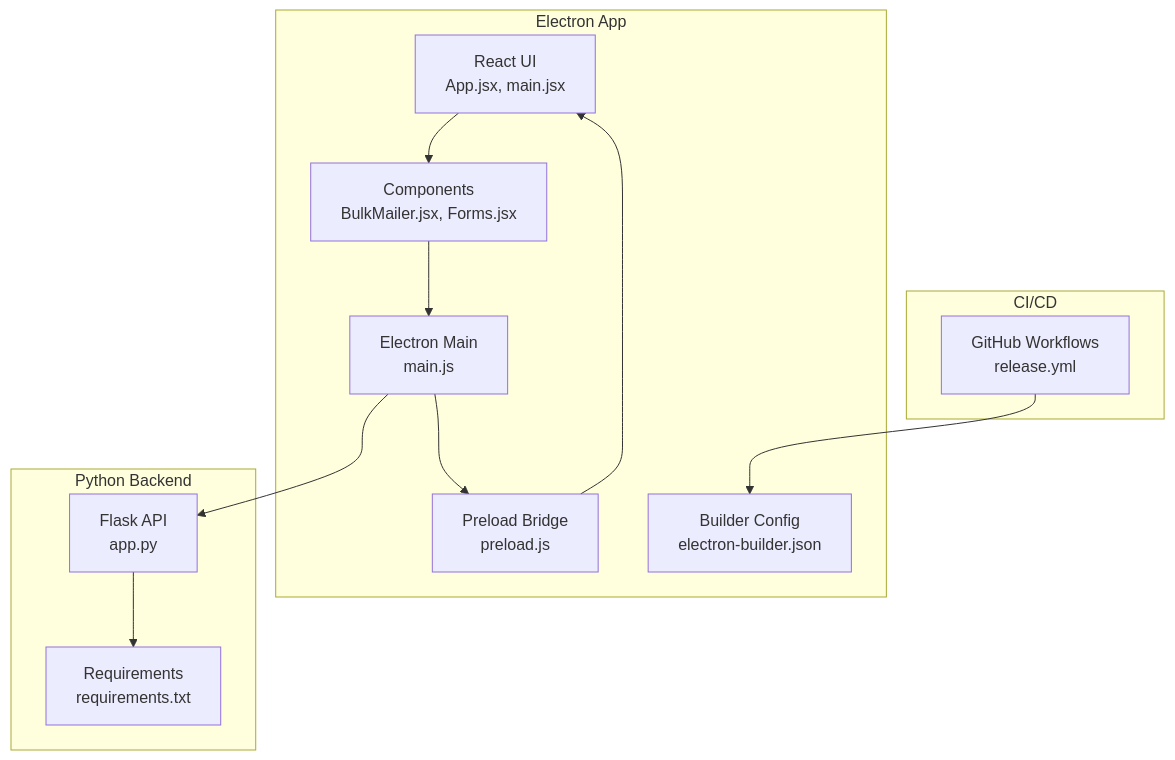
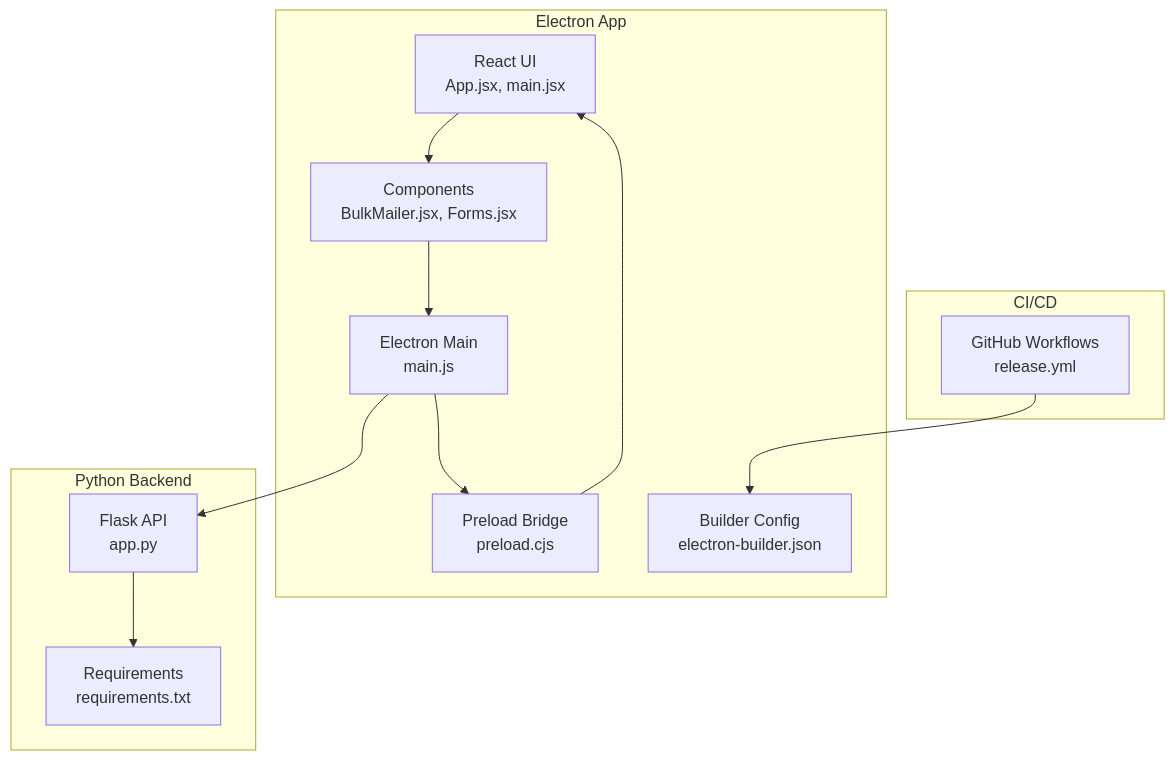
Before and after one commit to tashifkhan/tashif.codes: the first of 7 diagrams in src/data/docs/bulk-messaging-system/Development Guidelines.md, drawn with Mermaid. The commit also changed other lines of this file and 2128 other files, not shown here.

First line of the commit message:
docs: replace raster diagram images with native Mermaid across project guides

````diff
--- a/src/data/docs/bulk-messaging-system/Development Guidelines.md
+++ b/src/data/docs/bulk-messaging-system/Development Guidelines.md
@@ -13,24 +13,24 @@
 ```mermaid
 graph TB
 subgraph "Electron App"
 EUI["React UI<br/>App.jsx, main.jsx"]
 EC["Components<br/>BulkMailer.jsx, Forms.jsx"]
 EM["Electron Main<br/>main.js"]
-EP["Preload Bridge<br/>preload.js"]
+EP["Preload Bridge<br/>preload.cjs"]
 EB["Builder Config<br/>electron-builder.json"]
 end
 subgraph "Python Backend"
 PBA["Flask API<br/>app.py"]
 PBReq["Requirements<br/>requirements.txt"]
 end
 subgraph "CI/CD"
 GH["GitHub Workflows<br/>release.yml"]
 end
 EUI --> EC
 EC --> EM
 EM --> EP
 EP --> EUI
 EM --> PBA
 PBA --> PBReq
 GH --> EB
 ```
````
